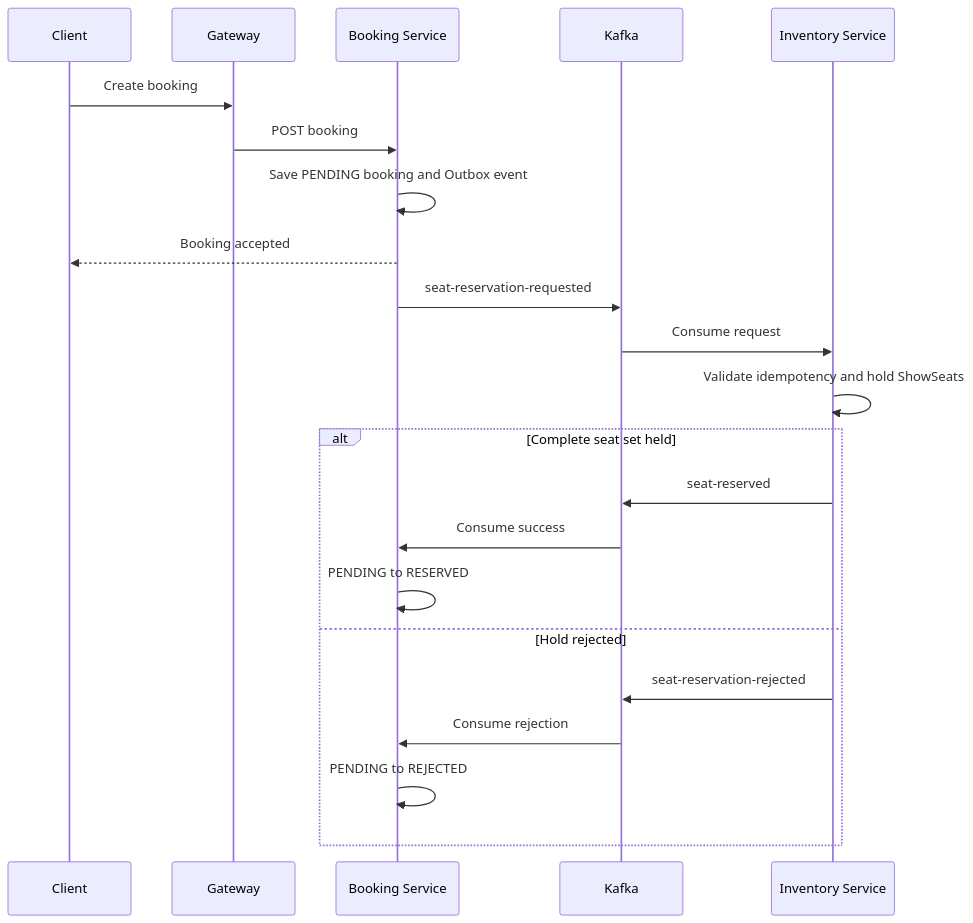
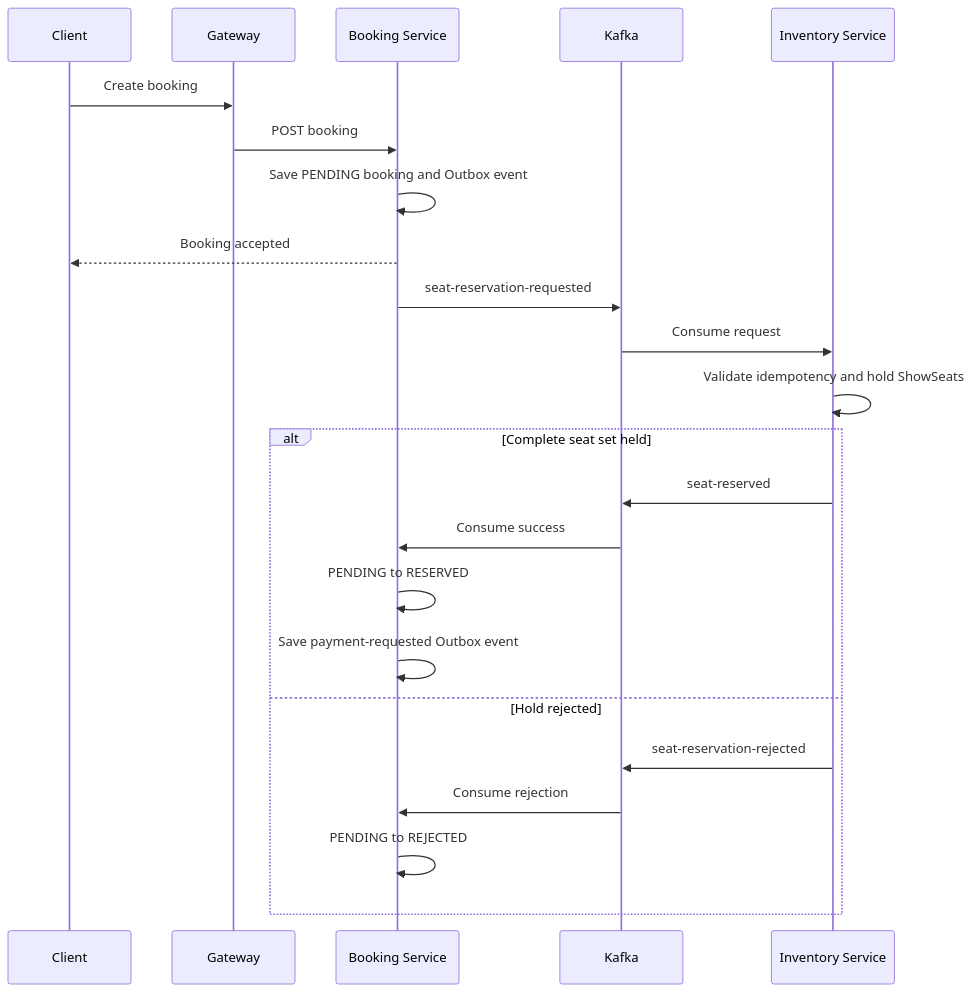
The sixth of 17 diagrams in docs/13_SEQUENCE_DIAGRAMS.md (HuyKunNe/cinema-system), drawn with Mermaid before and after one commit. The commit also changed other lines of this file and 5 other files, not shown here.

Commit message:
feat(booking): complete payment event preparation and R26 closure

````diff
--- a/docs/13_SEQUENCE_DIAGRAMS.md
+++ b/docs/13_SEQUENCE_DIAGRAMS.md
@@ -165,26 +166,27 @@
 ```mermaid
 sequenceDiagram
     participant Client
     participant Gateway
     participant Booking as Booking Service
     participant Kafka
     participant Inventory as Inventory Service
 
     Client->>Gateway: Create booking
     Gateway->>Booking: POST booking
     Booking->>Booking: Save PENDING booking and Outbox event
     Booking-->>Client: Booking accepted
     Booking->>Kafka: seat-reservation-requested
     Kafka->>Inventory: Consume request
     Inventory->>Inventory: Validate idempotency and hold ShowSeats
 
     alt Complete seat set held
         Inventory->>Kafka: seat-reserved
         Kafka->>Booking: Consume success
         Booking->>Booking: PENDING to RESERVED
+        Booking->>Booking: Save payment-requested Outbox event
     else Hold rejected
         Inventory->>Kafka: seat-reservation-rejected
         Kafka->>Booking: Consume rejection
         Booking->>Booking: PENDING to REJECTED
     end
 ```
````
